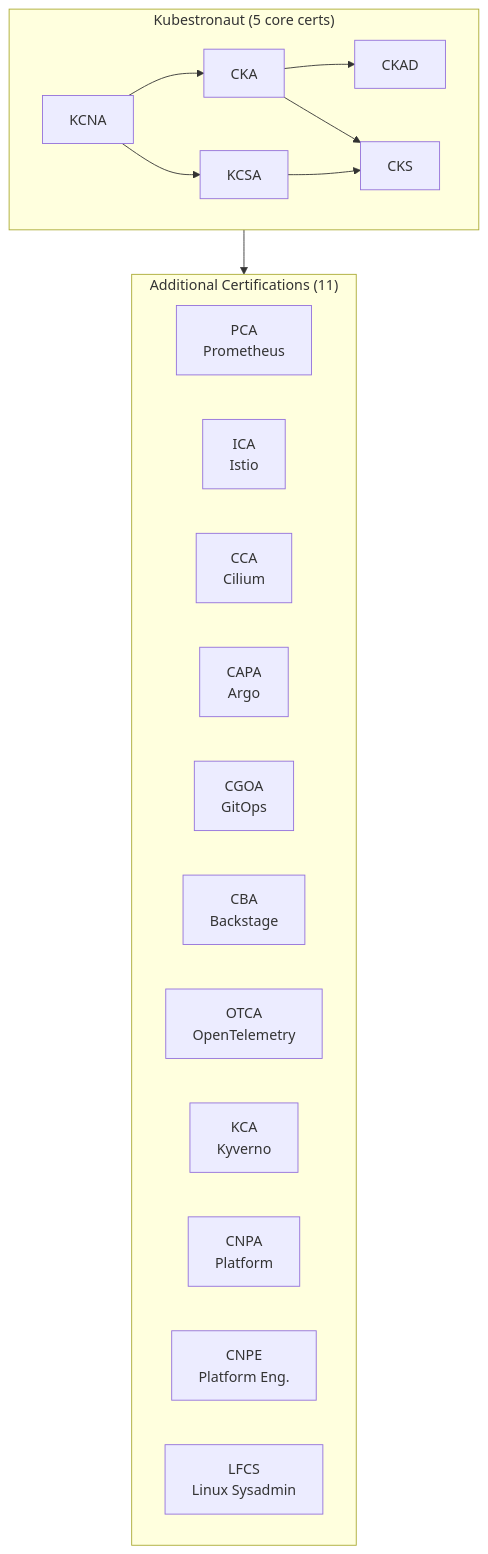
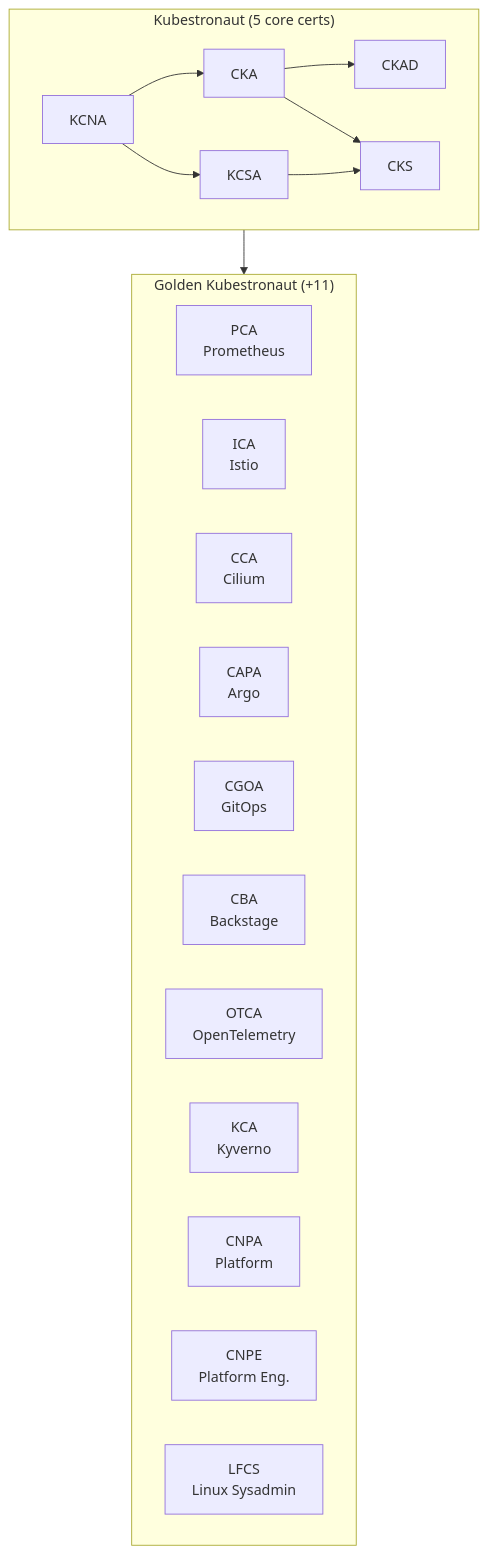
The diagram in docs/index.md (slauger/kubestronaut), drawn with Mermaid before and after one commit. The commit also changed other lines of this file and 3 other files, not shown here.

First line of the commit message:
Restructure nav: rename Additional Certifications to Golden Kubestronaut

````diff
--- a/docs/index.md
+++ b/docs/index.md
@@ -15,24 +15,24 @@
 ```mermaid
 graph TB
     subgraph kubestronaut ["Kubestronaut (5 core certs)"]
         KCNA --> CKA --> CKAD
         KCNA --> KCSA --> CKS
         CKA --> CKS
     end
 
-    subgraph additional ["Additional Certifications (11)"]
+    subgraph additional ["Golden Kubestronaut (+11)"]
         PCA["PCA<br/>Prometheus"]
         ICA["ICA<br/>Istio"]
         CCA["CCA<br/>Cilium"]
         CAPA["CAPA<br/>Argo"]
         CGOA["CGOA<br/>GitOps"]
         CBA["CBA<br/>Backstage"]
         OTCA["OTCA<br/>OpenTelemetry"]
         KCA["KCA<br/>Kyverno"]
         CNPA["CNPA<br/>Platform"]
         CNPE["CNPE<br/>Platform Eng."]
         LFCS["LFCS<br/>Linux Sysadmin"]
     end
 
     kubestronaut --> additional
 ```
````
